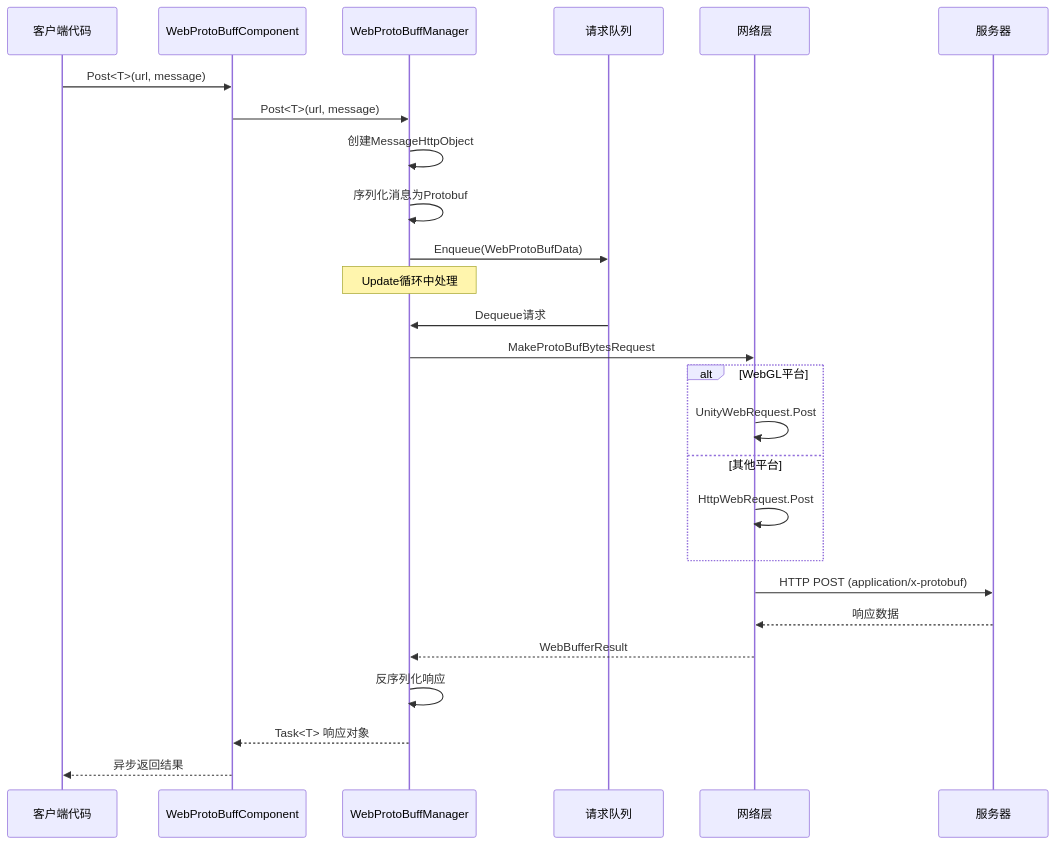
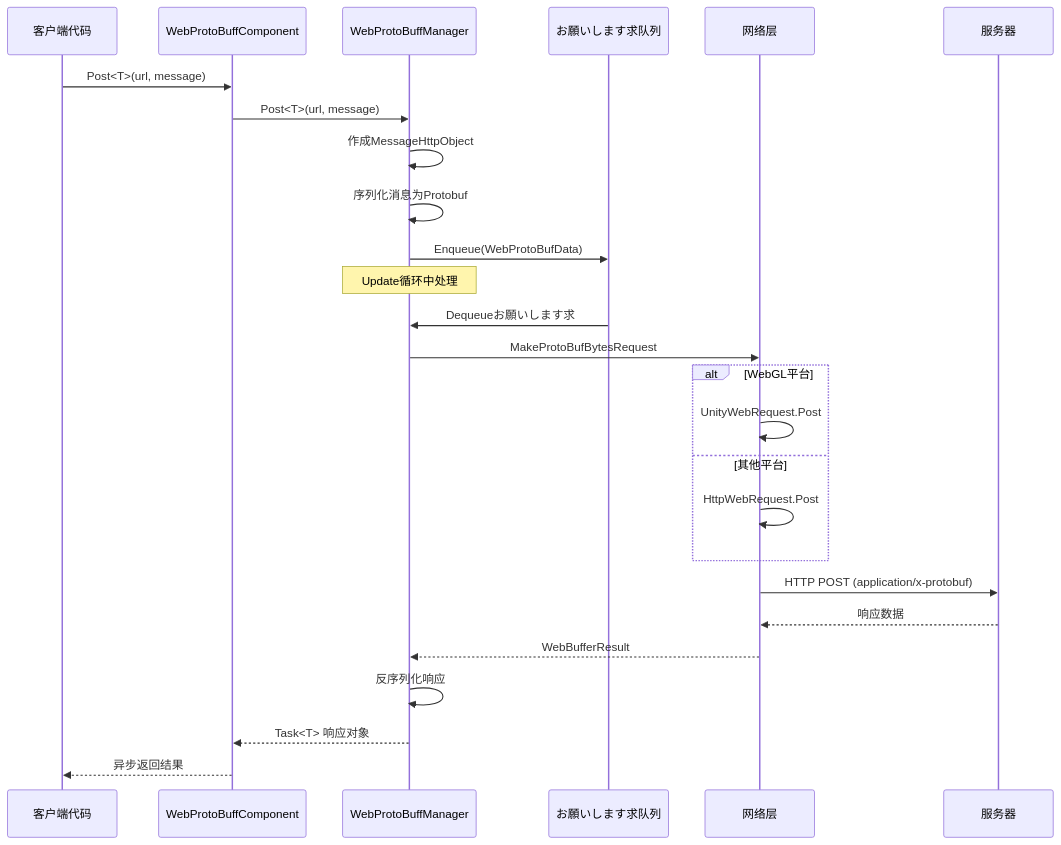
One commit to AlianBlank/GameFrameX.Docs changed the second of 2 diagrams in docs/ja/client/unity/component/web-protobuff/08.iwebprotobuffmanager.md. Above: the diagram before and after it, drawn with Mermaid. The commit also changed other lines of this file and 603 other files, not shown here.

````diff
--- a/docs/ja/client/unity/component/web-protobuff/08.iwebprotobuffmanager.md
+++ b/docs/ja/client/unity/component/web-protobuff/08.iwebprotobuffmanager.md
@@ -59,33 +59,33 @@
 ```mermaid
 sequenceDiagram
     participant Client as 客户端代码
     participant Component as WebProtoBuffComponent
     participant Manager as WebProtoBuffManager
-    participant Queue as 请求队列
+    participant Queue as お願いします求队列
     participant Network as 网络层
     participant Server as 服务器
 
     Client->>Component: Post<T>(url, message)
     Component->>Manager: Post<T>(url, message)
-    Manager->>Manager: 创建MessageHttpObject
+    Manager->>Manager: 作成MessageHttpObject
     Manager->>Manager: 序列化消息为Protobuf
     Manager->>Queue: Enqueue(WebProtoBufData)
     
     Note over Manager: Update循环中处理
-    Queue->>Manager: Dequeue请求
+    Queue->>Manager: Dequeueお願いします求
     Manager->>Network: MakeProtoBufBytesRequest
     
     alt WebGL平台
         Network->>Network: UnityWebRequest.Post
     else 其他平台
         Network->>Network: HttpWebRequest.Post
     end
     
     Network->>Server: HTTP POST (application/x-protobuf)
     Server-->>Network: 响应数据
     Network-->>Manager: WebBufferResult
     
     Manager->>Manager: 反序列化响应
     Manager-->>Component: Task<T> 响应对象
     Component-->>Client: 异步返回结果
 ```
````
